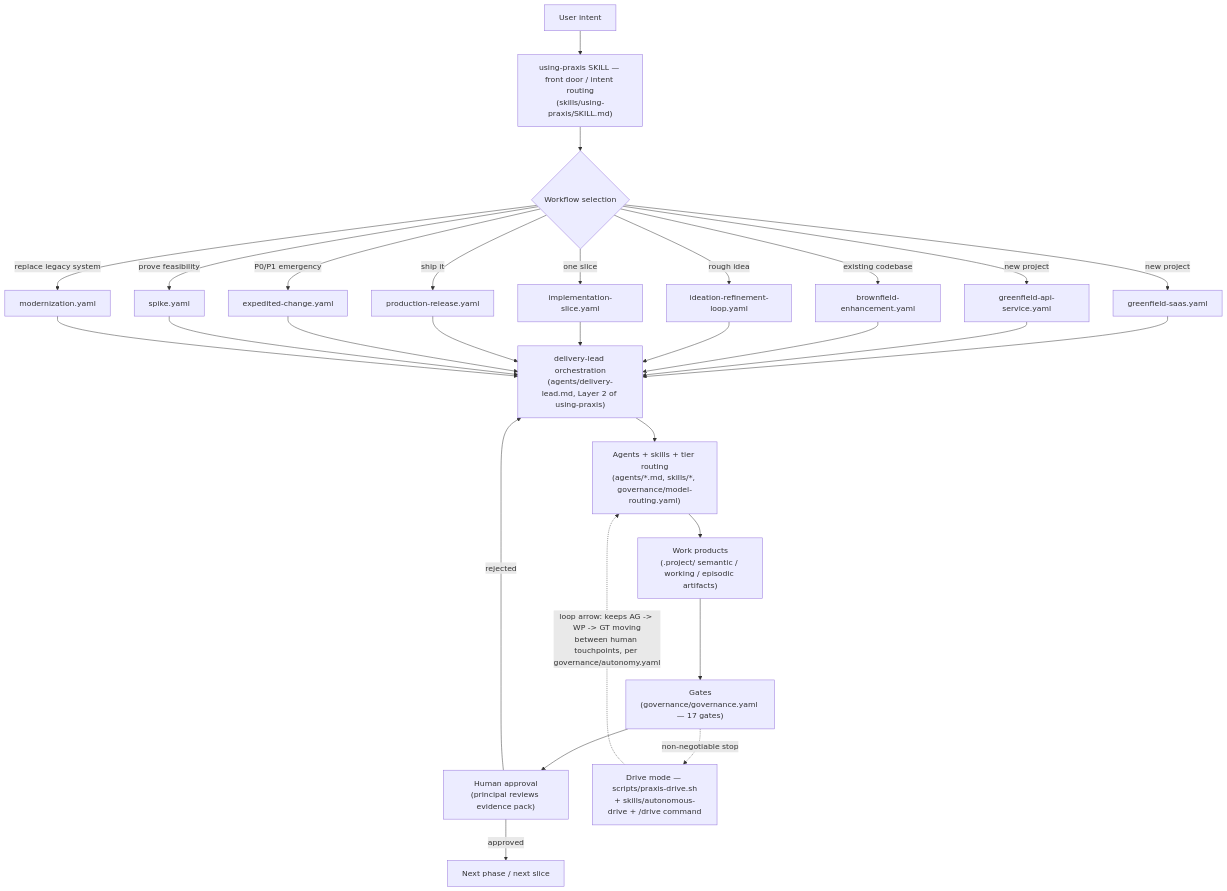
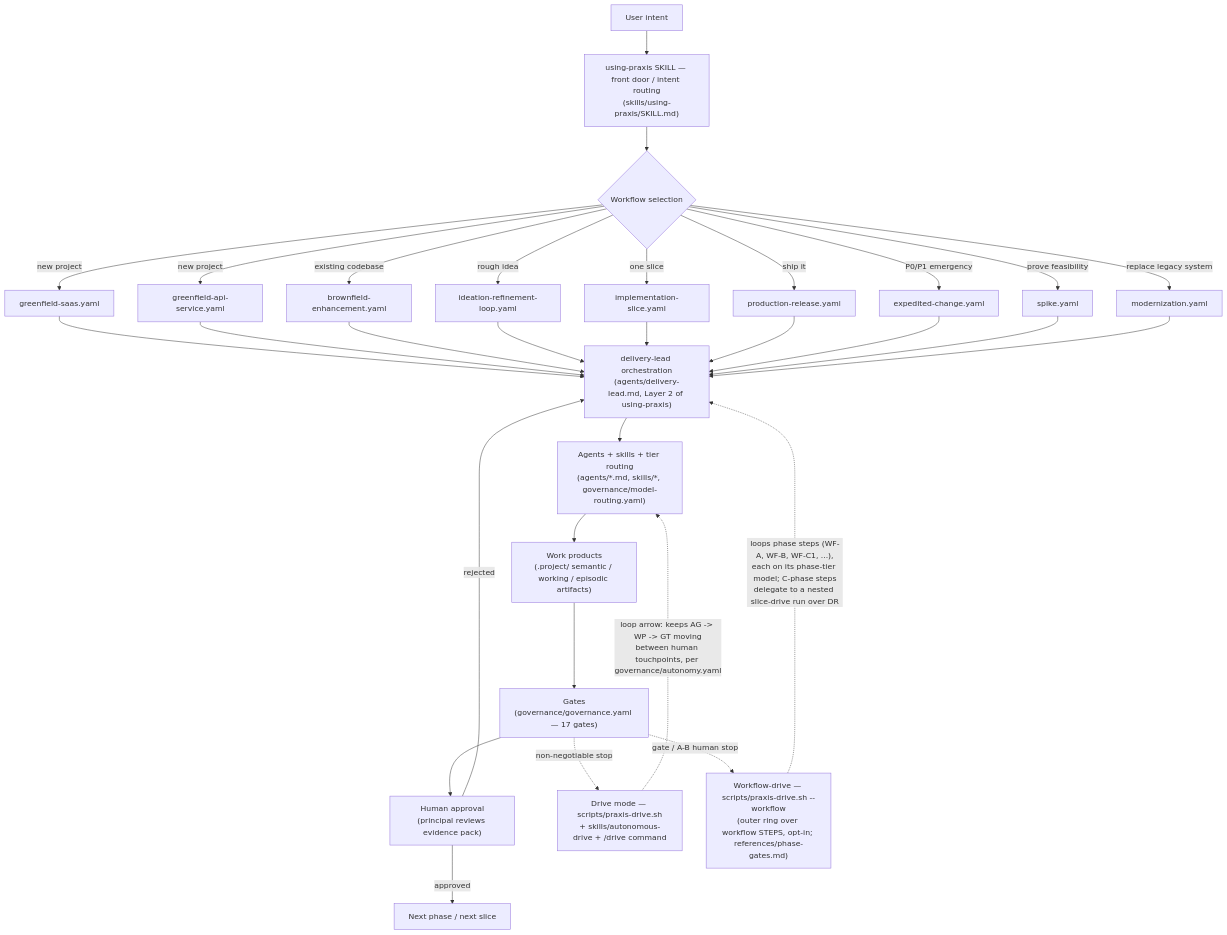
Before and after one commit to jeet129/praxis: the first of 4 diagrams in docs/operating-model.md, drawn with Mermaid. The commit also changed other lines of this file and 122 other files, not shown here.

````diff
--- a/docs/operating-model.md
+++ b/docs/operating-model.md
@@ -12,36 +12,40 @@
 ```mermaid
 flowchart TD
     U[User intent] --> UP["using-praxis SKILL — front door / intent routing<br/>(skills/using-praxis/SKILL.md)"]
     UP --> WF{Workflow selection}
     WF -->|new project| GS[greenfield-saas.yaml]
     WF -->|new project| GA[greenfield-api-service.yaml]
     WF -->|existing codebase| BE[brownfield-enhancement.yaml]
     WF -->|rough idea| IR[ideation-refinement-loop.yaml]
     WF -->|one slice| IS[implementation-slice.yaml]
     WF -->|ship it| PR[production-release.yaml]
     WF -->|P0/P1 emergency| EC[expedited-change.yaml]
     WF -->|prove feasibility| SP[spike.yaml]
     WF -->|replace legacy system| MZ[modernization.yaml]
 
     GS --> DL
     GA --> DL
     BE --> DL
     IR --> DL
     IS --> DL
     PR --> DL
     EC --> DL
     SP --> DL
     MZ --> DL
 
     DL["delivery-lead orchestration<br/>(agents/delivery-lead.md, Layer 2 of using-praxis)"]
     DL --> AG["Agents + skills + tier routing<br/>(agents/*.md, skills/*, governance/model-routing.yaml)"]
     AG --> WP["Work products<br/>(.project/ semantic / working / episodic artifacts)"]
     WP --> GT["Gates<br/>(governance/governance.yaml — 17 gates)"]
     GT --> HA["Human approval<br/>(principal reviews evidence pack)"]
     HA -->|approved| NEXT[Next phase / next slice]
     HA -->|rejected| DL
 
     DR["Drive mode — scripts/praxis-drive.sh<br/>+ skills/autonomous-drive + /drive command"]
     DR -. "loop arrow: keeps AG -> WP -> GT moving<br/>between human touchpoints, per governance/autonomy.yaml" .-> AG
     GT -. "non-negotiable stop" .-> DR
+
+    WD["Workflow-drive — scripts/praxis-drive.sh --workflow<br/>(outer ring over workflow STEPS, opt-in; references/phase-gates.md)"]
+    WD -. "loops phase steps (WF-A, WF-B, WF-C1, ...),<br/>each on its phase-tier model; C-phase steps<br/>delegate to a nested slice-drive run over DR" .-> DL
+    GT -. "gate / A-B human stop" .-> WD
 ```
````
